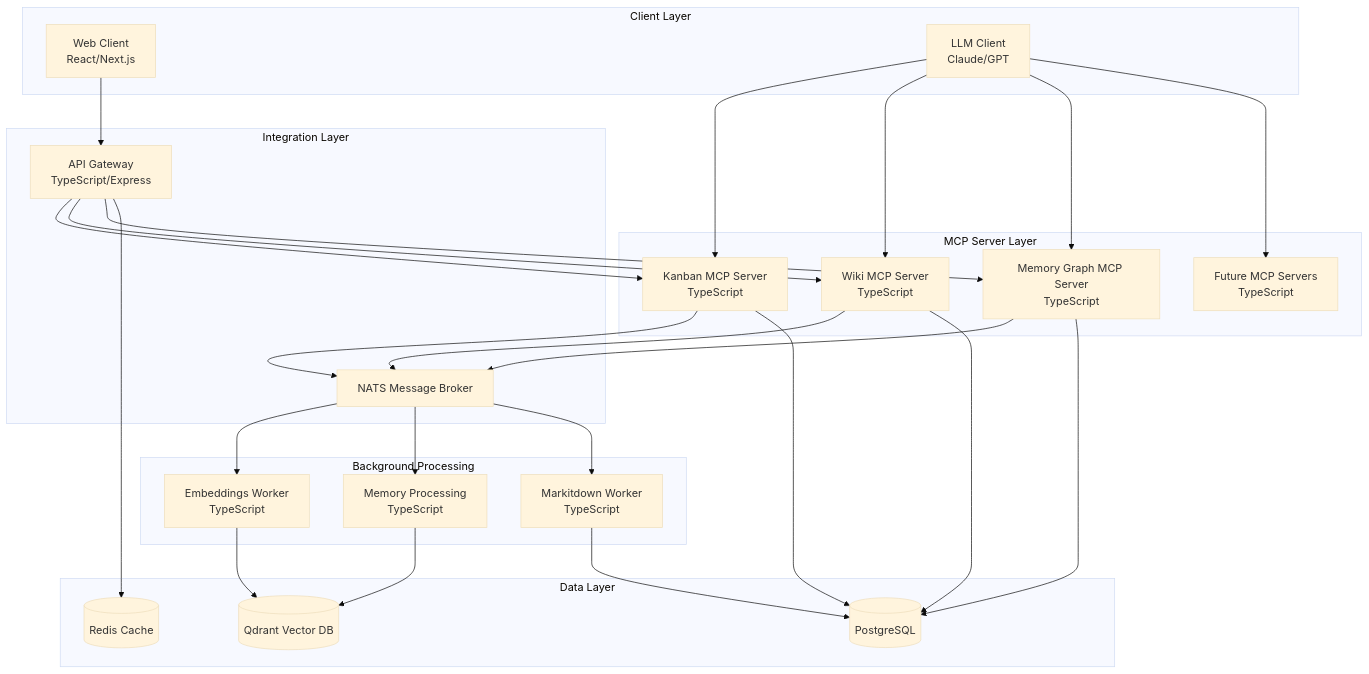
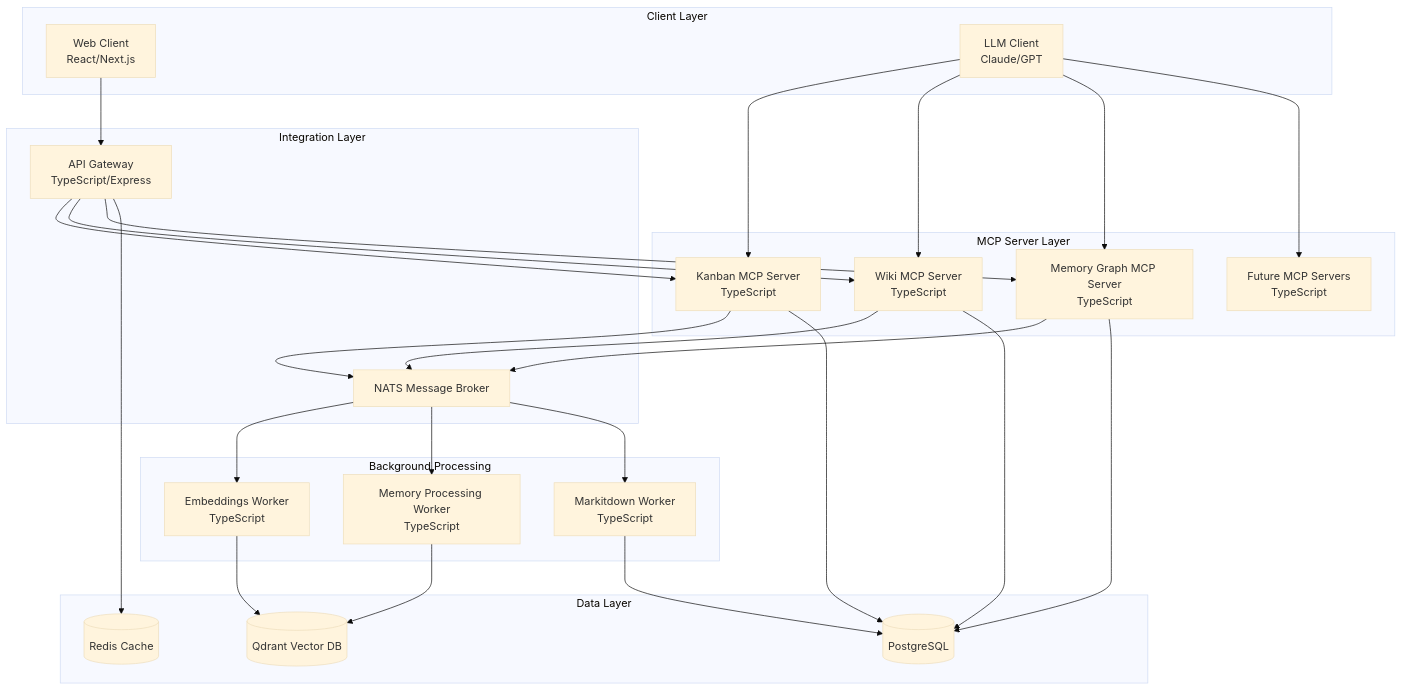
One commit to tylercoles-dev/tools changed the diagram in docs/ARCHITECTURE.md. Above: the diagram before and after it, drawn with Mermaid (base theme). The commit also changed other lines of this file and 5 other files, not shown here.

First line of the commit message:
docs: fix broken Rust references and update to TypeScript architecture

````diff
--- a/docs/ARCHITECTURE.md
+++ b/docs/ARCHITECTURE.md
@@ -18,59 +18,59 @@
 ```mermaid
 graph TB
     subgraph "Client Layer"
         WEB[Web Client<br/>React/Next.js]
         LLM[LLM Client<br/>Claude/GPT]
     end
     
     subgraph "MCP Server Layer"
         KANBAN[Kanban MCP Server<br/>TypeScript]
         WIKI[Wiki MCP Server<br/>TypeScript]
         MEMORY[Memory Graph MCP Server<br/>TypeScript]
         FUTURE[Future MCP Servers<br/>TypeScript]
     end
     
     subgraph "Integration Layer"
         API[API Gateway<br/>TypeScript/Express]
         NATS[NATS Message Broker]
     end
     
     subgraph "Background Processing"
         WORKER1[Embeddings Worker<br/>TypeScript]
-        WORKER2[Memory Processing<br/>TypeScript]
+        WORKER2[Memory Processing Worker<br/>TypeScript]
         WORKER3[Markitdown Worker<br/>TypeScript]
     end
     
     subgraph "Data Layer"
         QDRANT[(Qdrant Vector DB)]
         POSTGRES[(PostgreSQL)]
         REDIS[(Redis Cache)]
     end
     
     LLM --> KANBAN
     LLM --> WIKI
     LLM --> MEMORY
     LLM --> FUTURE
     
     WEB --> API
     API --> KANBAN
     API --> WIKI
     API --> MEMORY
     
     KANBAN --> NATS
     WIKI --> NATS
     MEMORY --> NATS
     
     NATS --> WORKER1
     NATS --> WORKER2
     NATS --> WORKER3
     
     WORKER1 --> QDRANT
     WORKER2 --> QDRANT
     WORKER3 --> POSTGRES
     
     KANBAN --> POSTGRES
     WIKI --> POSTGRES
     MEMORY --> POSTGRES
     
     API --> REDIS
 ```
````
